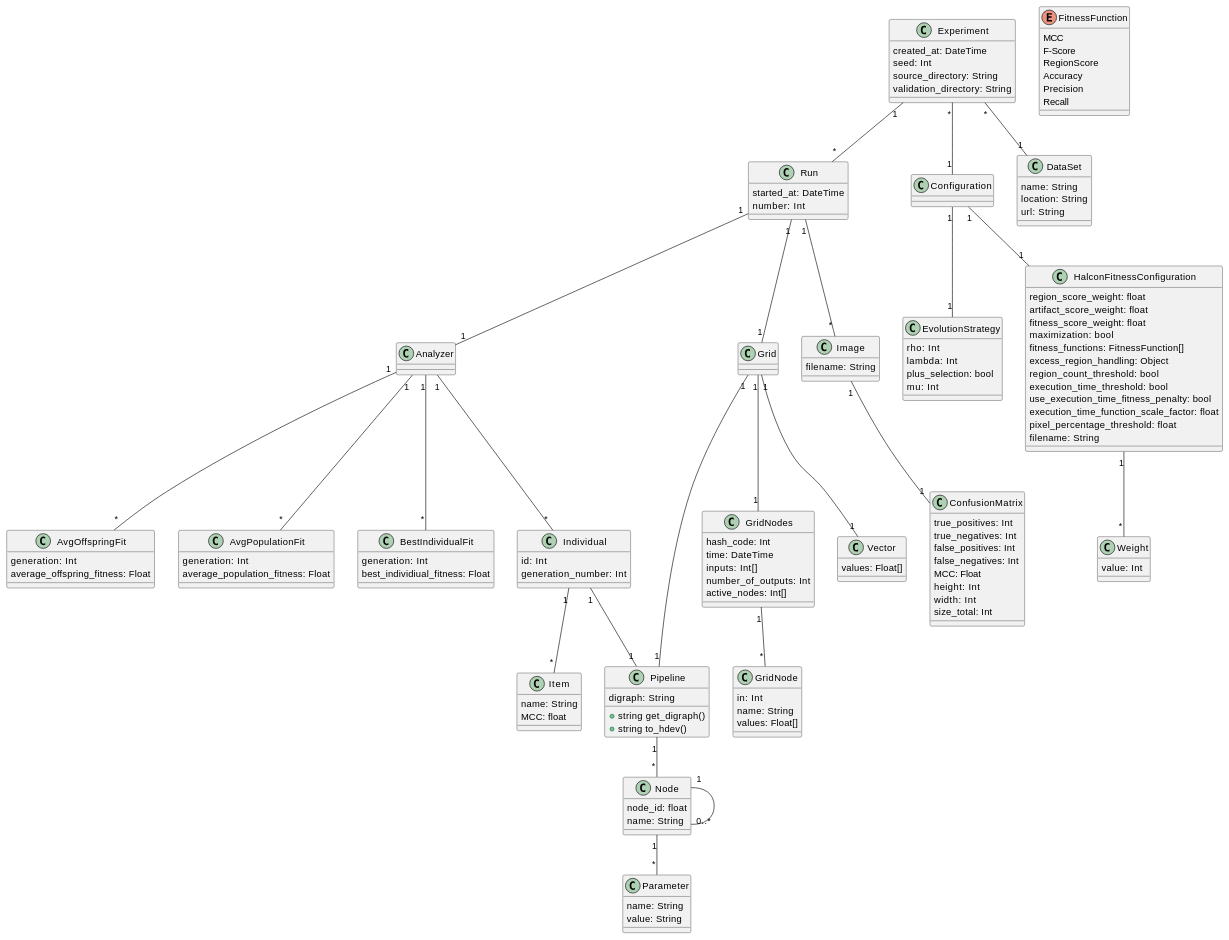
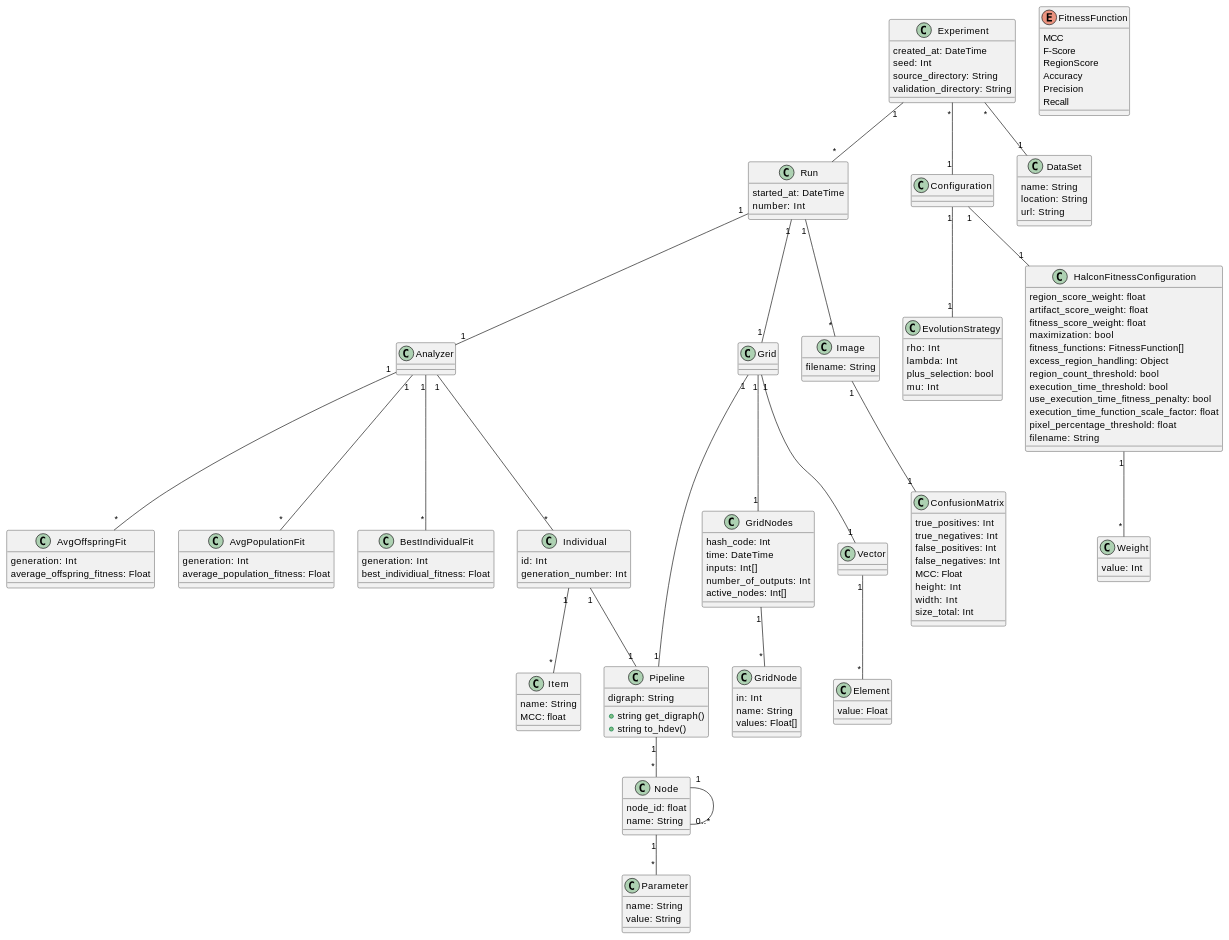
Before and after one commit to anmarchio/experiments: the diagram in diagrams/DataModel.md, drawn with PlantUML.

```diff
--- a/diagrams/DataModel.md
+++ b/diagrams/DataModel.md
@@ -114,8 +114,10 @@
   value: String
 }
 
-class Vector {
-  values: Float[]
+class Vector
+
+class Element {
+  value: Float
 }
 
 class Image {
@@ -155,6 +157,7 @@
 GridNodes "1" -- "*" GridNode
 Grid "1" -- "1" Pipeline
 Grid "1" -- "1" Vector
+Vector "1" -- "*" Element
 Pipeline "1" -- "*" Node
 Node "1" -- "*" Parameter
 Node "1" -- "0..*" Node
```
